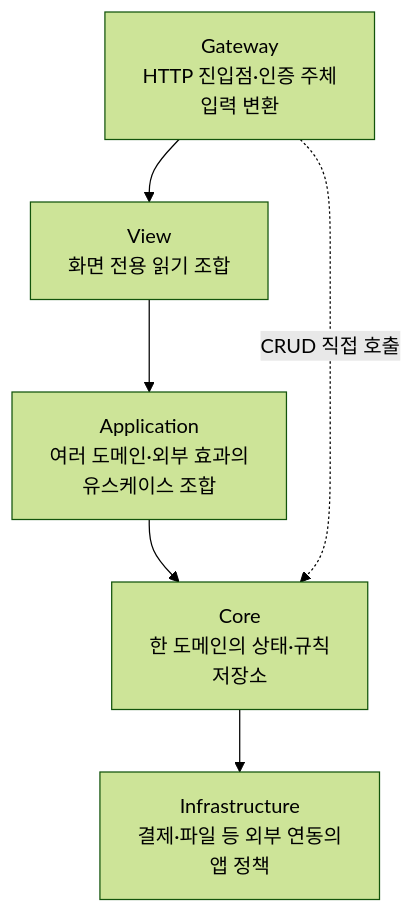
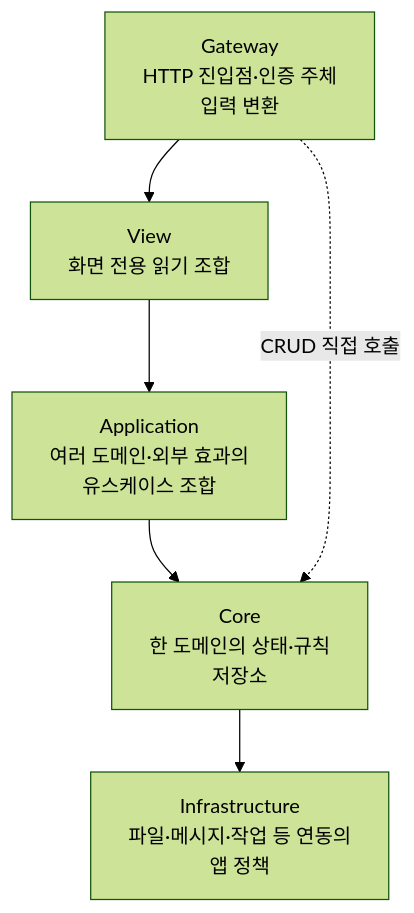
One commit to mannercode/nest-seed changed the diagram in apps/api/README.md. Above: the diagram before and after it, drawn with Mermaid (forest theme). The commit also changed other lines of this file and 326 other files, not shown here.

````diff
--- a/apps/api/README.md
+++ b/apps/api/README.md
@@ -25,10 +24,10 @@
 ```mermaid
 flowchart TB
     Gateway["Gateway<br/>HTTP 진입점·인증 주체<br/>입력 변환"]
     View["View<br/>화면 전용 읽기 조합"]
     Application["Application<br/>여러 도메인·외부 효과의<br/>유스케이스 조합"]
     Core["Core<br/>한 도메인의 상태·규칙<br/>저장소"]
-    Infrastructure["Infrastructure<br/>결제·파일 등 외부 연동의<br/>앱 정책"]
+    Infrastructure["Infrastructure<br/>파일·메시지·작업 등 연동의<br/>앱 정책"]
     Gateway --> View --> Application --> Core --> Infrastructure
     Gateway -. CRUD 직접 호출 .-> Core
 ```
````
